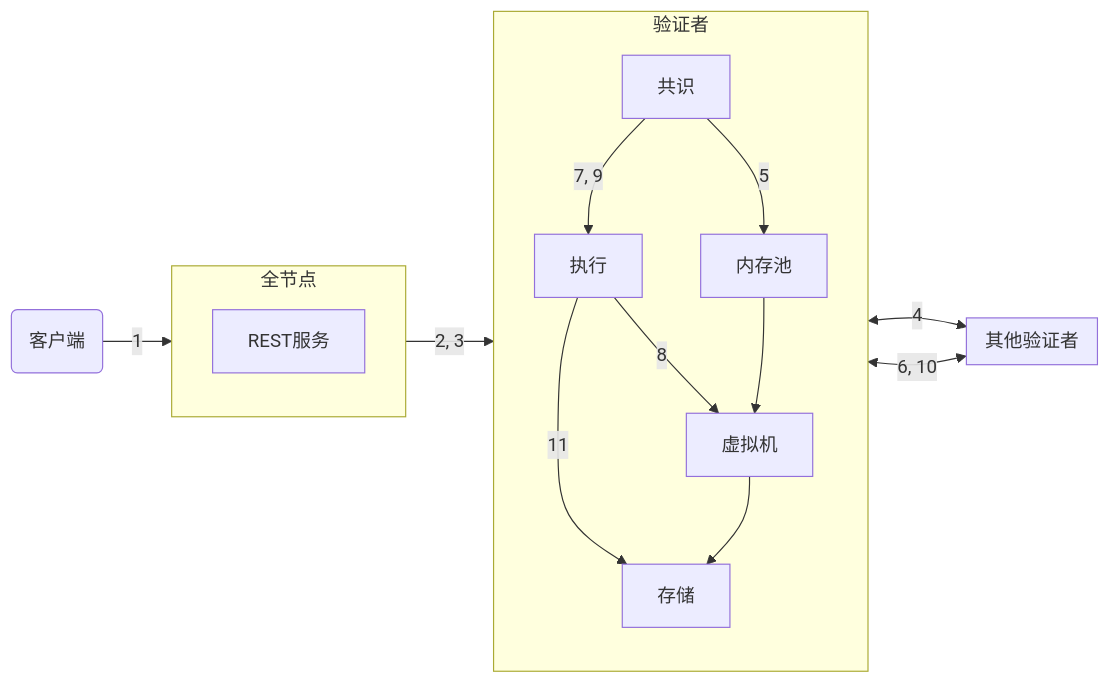
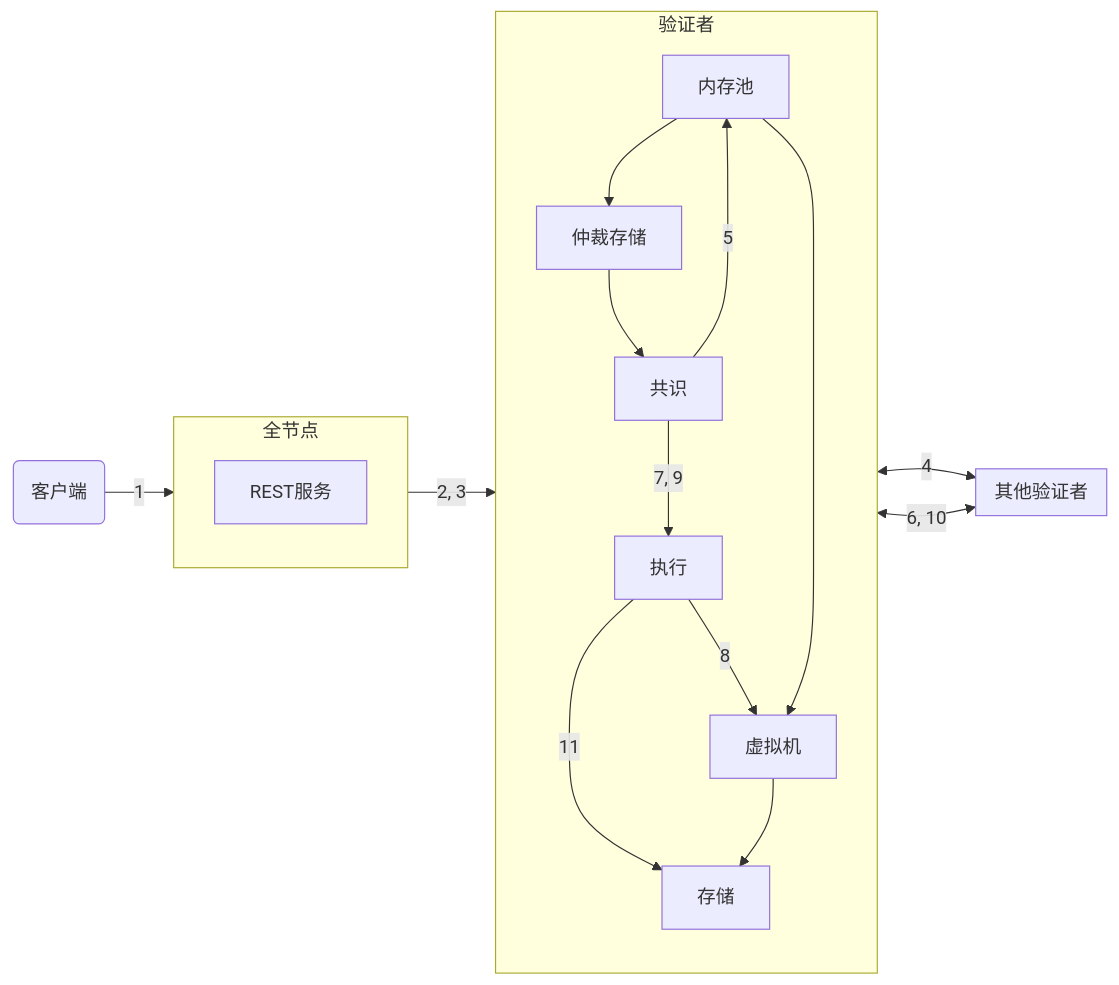
Before and after one commit to aptos-labs/aptos-docs: the diagram in src/content/docs/zh/network/blockchain/blockchain-deep-dive.mdx, drawn with Mermaid. The commit also changed other lines of this file and 15 other files, not shown here.

````diff
--- a/src/content/docs/zh/network/blockchain/blockchain-deep-dive.mdx
+++ b/src/content/docs/zh/network/blockchain/blockchain-deep-dive.mdx
@@ -26,29 +26,32 @@
 ```mermaid
 graph LR
     subgraph Fullnodes[全节点]
         direction TB
         REST_Service[REST服务]
     end
 
     Client(客户端) -->|1| REST_Service
 
     subgraph Other_Validators[其他验证者]
         direction TB
     end
 
     subgraph Validators[验证者]
         direction TB
         Mempool[内存池]
+        QuorumStore[仲裁存储]
         Consensus[共识]
         Consensus -->|7, 9| Execution[执行]
         Execution -->|11| Storage[存储]
         Execution -->|8| Virtual_Machine[虚拟机]
         Mempool --> Virtual_Machine
+        Mempool --> QuorumStore
+        QuorumStore --> Consensus
         Virtual_Machine --> Storage
     end
 
     Other_Validators <-->|6, 10| Consensus
     REST_Service -->|2, 3| Mempool
-    Mempool <-->|4| Other_Validators
+    QuorumStore <-->|4| Other_Validators
     Consensus -->|5| Mempool
 ```
````
